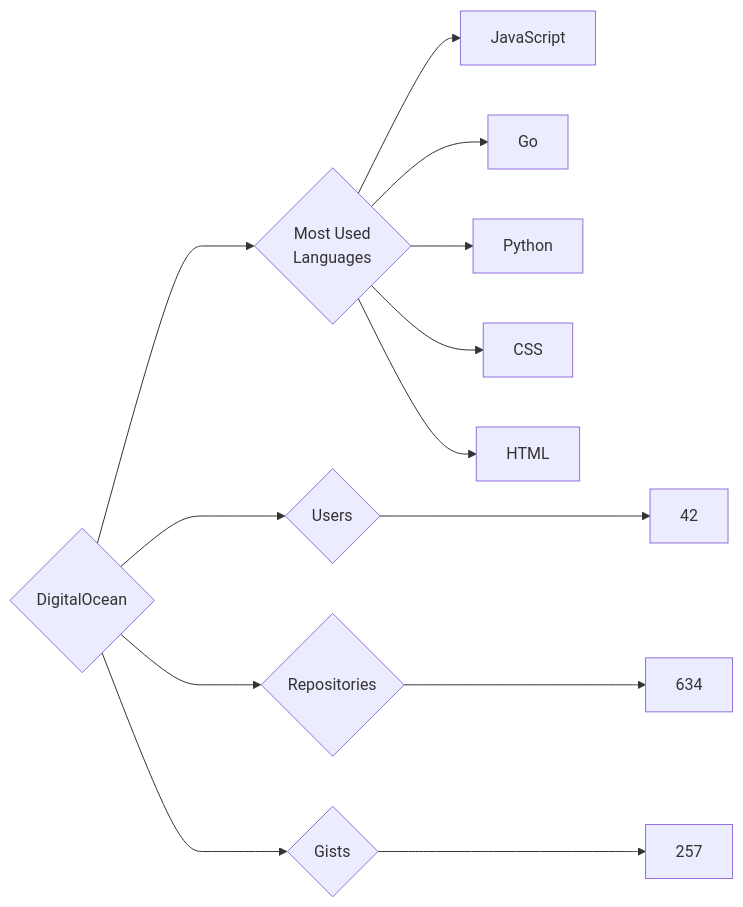
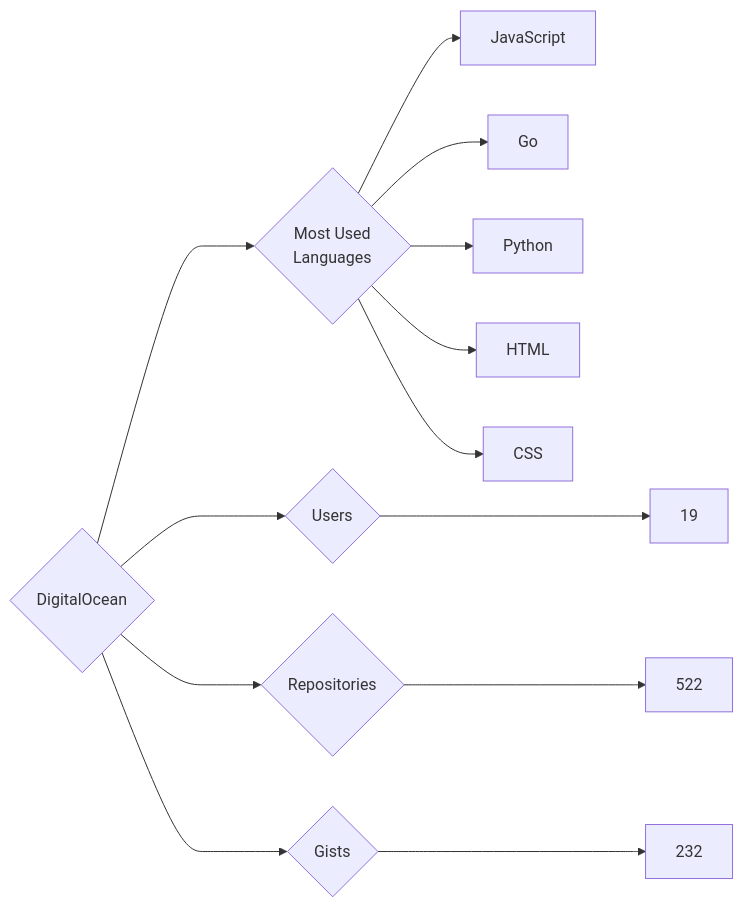
One commit to trickest/insiders changed the diagram in targets/DigitalOcean/README.md. Above: the diagram before and after it, drawn with Mermaid. The commit also changed 773 other files, not shown here.

````diff
--- a/targets/DigitalOcean/README.md
+++ b/targets/DigitalOcean/README.md
@@ -3,13 +3,13 @@
 ```mermaid
 graph LR
 COMPANY_NAME{DigitalOcean}
-COMPANY_NAME ---> U{Users} ---> UN[42]
-COMPANY_NAME ---> R{Repositories} ---> RN[634]
-COMPANY_NAME ---> G{Gists} ---> GN[257]
+COMPANY_NAME ---> U{Users} ---> UN[19]
+COMPANY_NAME ---> R{Repositories} ---> RN[522]
+COMPANY_NAME ---> G{Gists} ---> GN[232]
 COMPANY_NAME ---> ML{Most Used<br>Languages}
 ML --> JavaScript[JavaScript]
 ML --> Go[Go]
 ML --> Python[Python]
+ML --> HTML[HTML]
 ML --> CSS[CSS]
-ML --> HTML[HTML]
 ```
````
